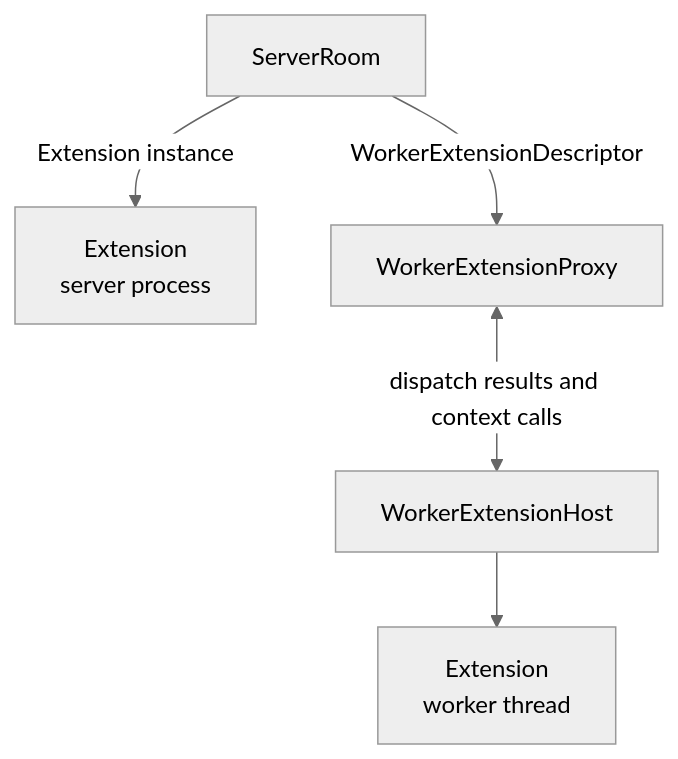
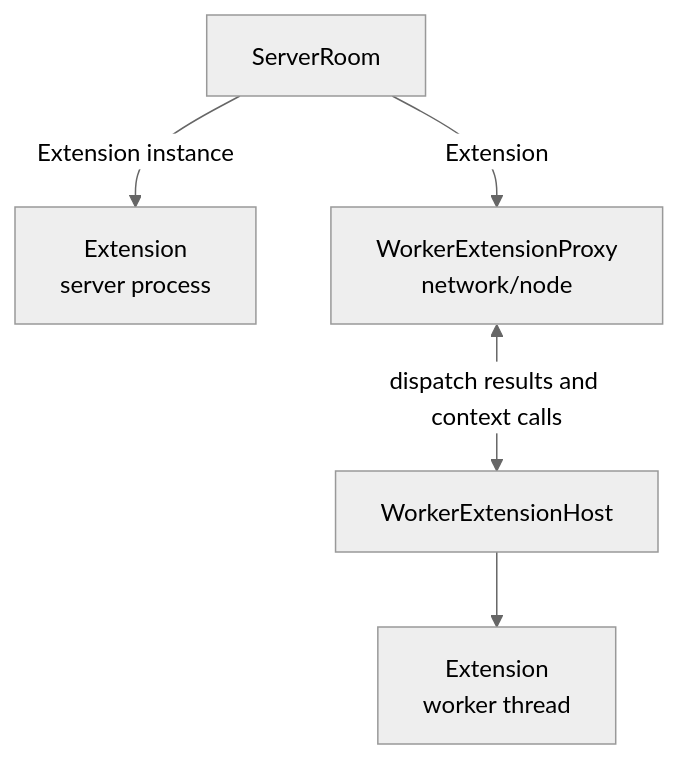
One commit to JollyPixel/editor changed the sixth of 6 diagrams in packages/network/ARCHITECTURE.md. Above: the diagram before and after it, drawn with Mermaid (neutral theme). The commit also changed 85 other files, not shown here.

````diff
--- a/packages/network/ARCHITECTURE.md
+++ b/packages/network/ARCHITECTURE.md
@@ -250,7 +250,7 @@
 ```mermaid
 flowchart TD
   ServerRoom["ServerRoom"] -->|"Extension instance"| InProcess["Extension<br/>server process"]
-  ServerRoom -->|"WorkerExtensionDescriptor"| Proxy["WorkerExtensionProxy"]
+  ServerRoom -->|"Extension"| Proxy["WorkerExtensionProxy<br/>network/node"]
   Proxy <-->|"dispatch results and context calls"| Host["WorkerExtensionHost"]
   Host --> WorkerExtension["Extension<br/>worker thread"]
 ```
````
